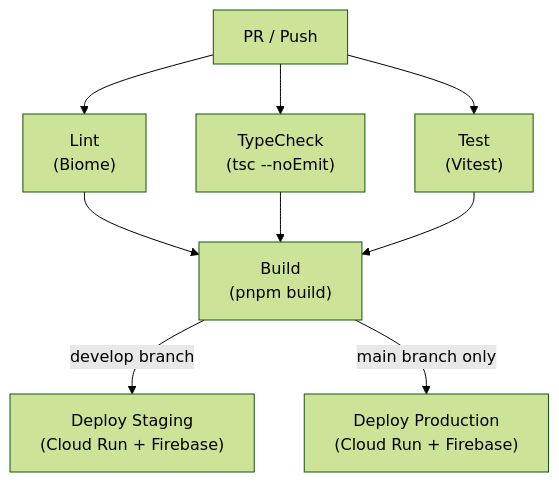
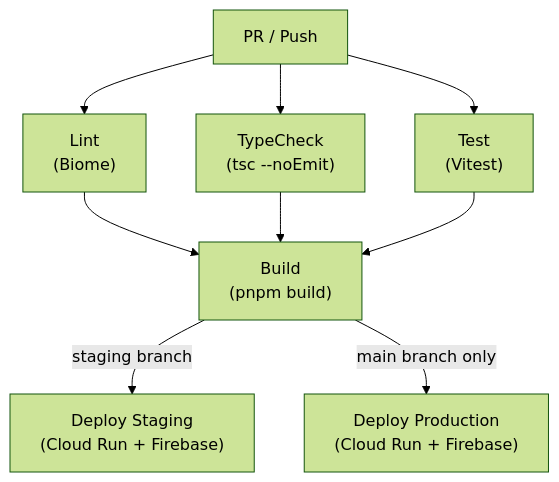
Before and after one commit to krtw00/duel-log-app: the diagram in docs/06-deployment/ci-cd.md, drawn with Mermaid (forest theme). The commit also changed other lines of this file and 10 other files, not shown here.

Commit message:
chore(branches): rename develop flow to staging

````diff
--- a/docs/06-deployment/ci-cd.md
+++ b/docs/06-deployment/ci-cd.md
@@ -31,11 +31,11 @@
 ```mermaid
 flowchart TD
     trigger["PR / Push"] --> lint["Lint<br/>(Biome)"]
     trigger --> typecheck["TypeCheck<br/>(tsc --noEmit)"]
     trigger --> test["Test<br/>(Vitest)"]
     lint --> build["Build<br/>(pnpm build)"]
     typecheck --> build
     test --> build
-    build -->|develop branch| staging["Deploy Staging<br/>(Cloud Run + Firebase)"]
+    build -->|staging branch| staging["Deploy Staging<br/>(Cloud Run + Firebase)"]
     build -->|main branch only| deploy["Deploy Production<br/>(Cloud Run + Firebase)"]
 ```
````
